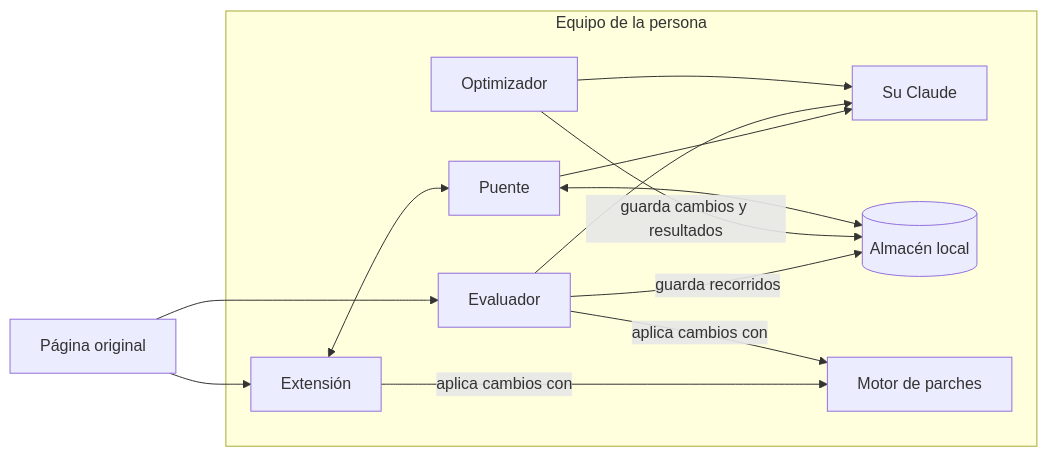
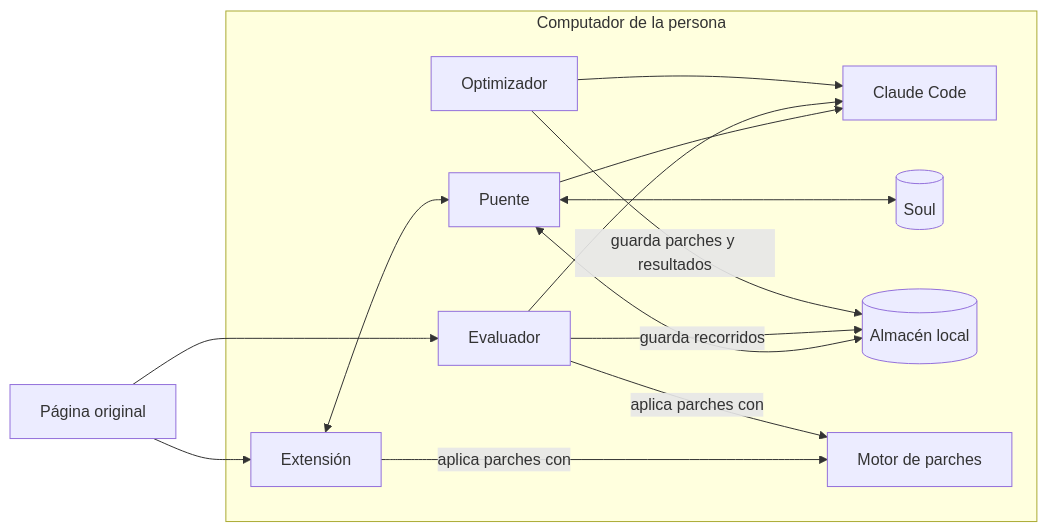
The diagram in docs/index.md (platanus-hack/platanus-hack-26-cl-team-36), drawn with Mermaid before and after one commit. The commit also changed other lines of this file and 6 other files, not shown here.

````diff
--- a/docs/index.md
+++ b/docs/index.md
@@ -70,24 +100,26 @@
 ```mermaid
 flowchart LR
   WEB["Página original"]
-  subgraph EQ["Equipo de la persona"]
+  subgraph PC["Computador de la persona"]
     EXT["Extensión"]
     PU["Puente"]
-    IA["Su Claude"]
+    CL["Claude Code"]
+    SO[("Soul")]
     AL[("Almacén local")]
     EV["Evaluador"]
     OP["Optimizador"]
     MO["Motor de parches"]
   end
   WEB --> EXT
   WEB --> EV
-  EXT -->|"aplica cambios con"| MO
-  EV -->|"aplica cambios con"| MO
+  EXT -->|"aplica parches con"| MO
+  EV -->|"aplica parches con"| MO
   EXT <--> PU
-  PU --> IA
-  EV --> IA
-  OP --> IA
+  PU --> CL
+  PU <--> SO
+  PU <--> AL
+  EV --> CL
+  OP --> CL
   EV -->|"guarda recorridos"| AL
-  OP -->|"guarda cambios y resultados"| AL
-  PU <--> AL
+  OP -->|"guarda parches y resultados"| AL
 ```
````
